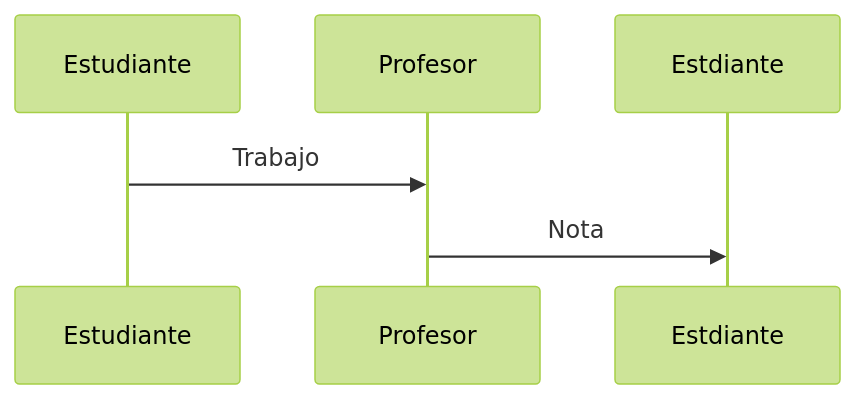
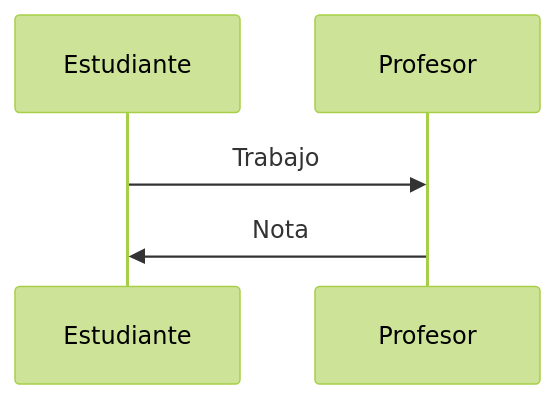
The seventh of 7 diagrams in README.md (gerardfp/uml), drawn with Mermaid (forest theme) before and after one commit.

````diff
--- a/README.md
+++ b/README.md
@@ -129,7 +129,5 @@
 ```mermaid
 sequenceDiagram
-   participant Estudiante
-   participant Profesor
    Estudiante->>Profesor: Trabajo
-   Profesor->>Estdiante: Nota
+   Profesor->>Estudiante: Nota
 ```
````
